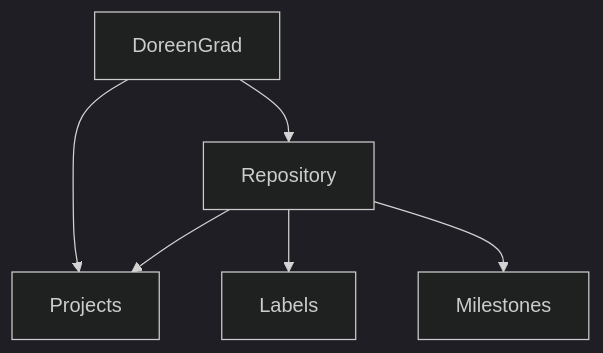
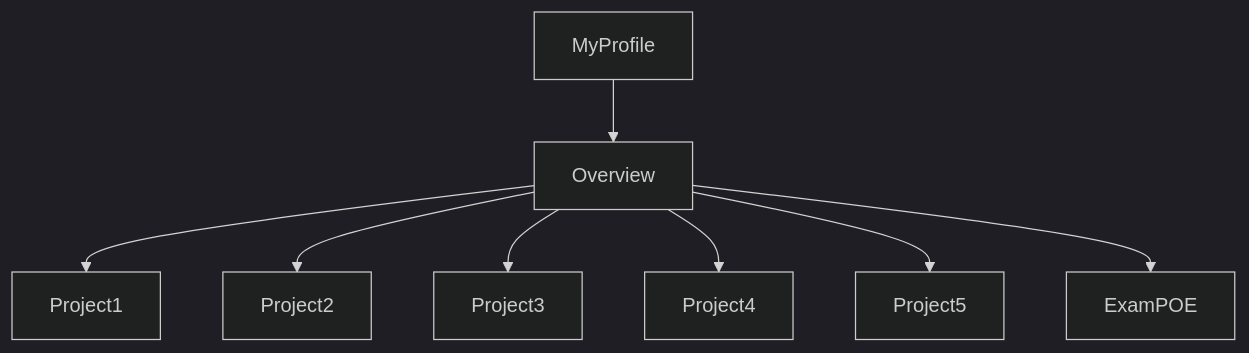
The first of 2 diagrams in README.md (DoreenGrad/CMPG-323-Overview---24361879), drawn with Mermaid (dark theme) before and after one commit. The commit also changed other lines of this file, not shown here.

````diff
--- a/README.md
+++ b/README.md
@@ -8,8 +8,10 @@
 ```mermaid
 graph TD;
-    DoreenGrad-->Repository;
-    DoreenGrad-->Projects;
-    Repository-->Projects;
-    Repository-->Labels;
-    Repository-->Milestones;
+    MyProfile-->Overview;
+    Overview-->Project1;
+    Overview-->Project2;
+    Overview-->Project3;
+    Overview-->Project4;
+    Overview-->Project5;
+    Overview-->ExamPOE;
 ```
````
